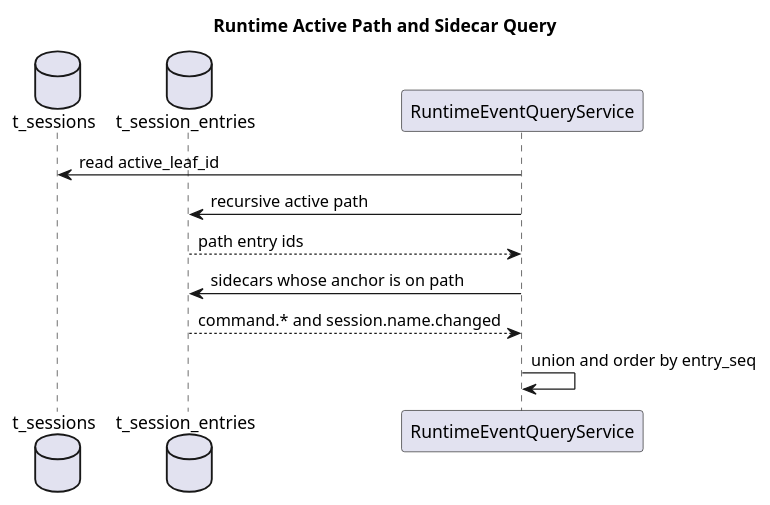
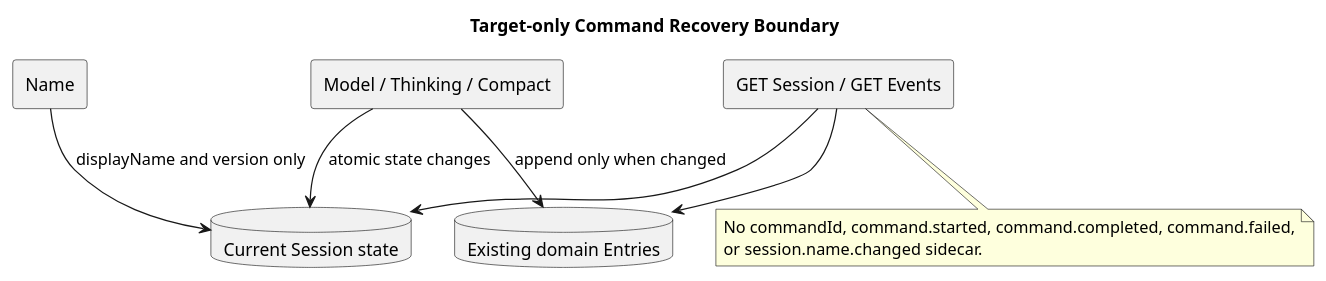
Before and after one commit to ssm0808/pi-mono-java-design: the second of 2 diagrams in 01-总体架构/01-CampusClaw多Agent运行时/设计图/Command/diagram.puml, drawn with PlantUML. The commit also changed other lines of this file and 47 other files, not shown here.

Commit message:
docs(command): 收敛 Builtin JSON 契约与分层交付

```diff
--- a/01-总体架构/01-CampusClaw多Agent运行时/设计图/Command/diagram.puml
+++ b/01-总体架构/01-CampusClaw多Agent运行时/设计图/Command/diagram.puml
@@ -30,19 +28,20 @@
-@startuml command_sidecar_query
-title Runtime Active Path and Sidecar Query
+@startuml command_authoritative_state
+title Target-only Command Recovery Boundary
+' Source evidence: pi-mono-java@d84dd3d6 modules/coding-agent-cli/src/main/resources/db/gaussdb/install/session_schema.sql.
+' Design reason: synchronous JSON results need no generic command lifecycle storage.
 skinparam shadowing false
-
-' Source evidence: pi-mono-java@c1311f69 mate-campusclaw/src/main/resources/mapper/session/RuntimeSessionMapper.xml:132-190
-' Observed behavior: current recursive query returns only active-leaf ancestors.
-' Target design: merge sidecars anchored to any active-path entry and order by entry_seq.
-
-database t_sessions as Sessions
-database t_session_entries as Entries
-participant RuntimeEventQueryService as Query
-
-Query -> Sessions : read active_leaf_id
-Query -> Entries : recursive active path
-Entries --> Query : path entry ids
-Query -> Entries : sidecars whose anchor is on path
-Entries --> Query : command.* and session.name.changed
-Query -> Query : union and order by entry_seq
+rectangle "Name" as Name
+rectangle "Model / Thinking / Compact" as Domain
+database "Current Session state" as State
+database "Existing domain Entries" as Entries
+rectangle "GET Session / GET Events" as Query
+Name --> State : displayName and version only
+Domain --> State : atomic state changes
+Domain --> Entries : append only when changed
+Query --> State
+Query --> Entries
+note bottom
+No commandId, command.started, command.completed, command.failed,
+or session.name.changed sidecar.
+end note
 @enduml
```
